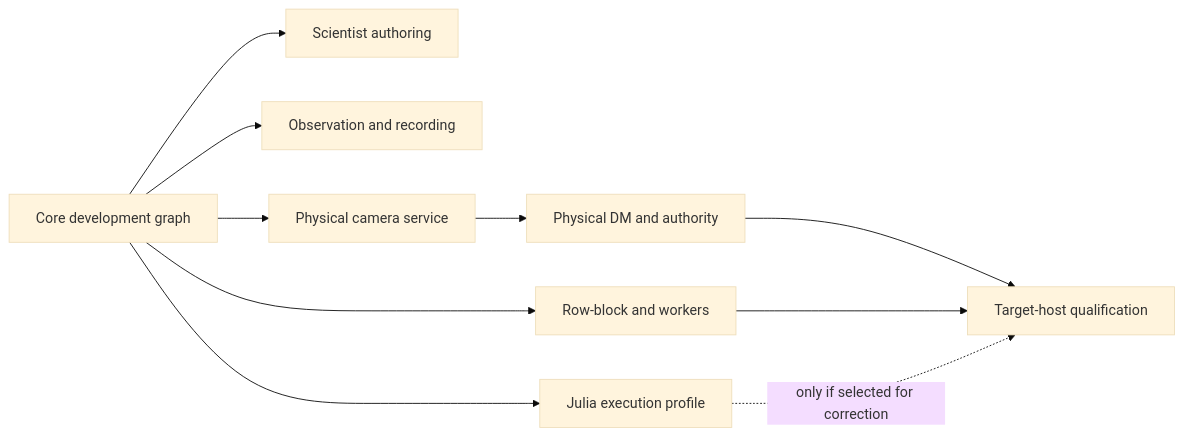
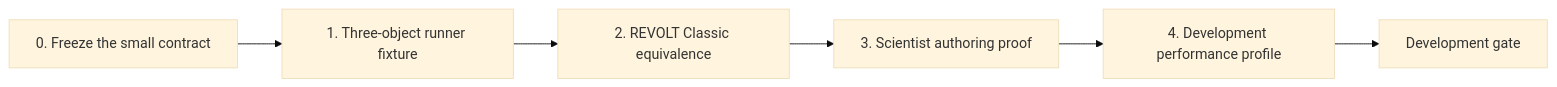
Before and after one commit to DarrylGamroth/pipewireao-rtc: the diagram in docs/roadmap.md, drawn with Mermaid (base theme). The commit also changed other lines of this file and 13 other files, not shown here.

Commit message:
docs: scope RTC to development runner

````diff
--- a/docs/roadmap.md
+++ b/docs/roadmap.md
@@ -322,21 +34,11 @@
 ```mermaid
 flowchart LR
-    Core["Core development graph"]
-    Authoring["Scientist authoring"]
-    Observe["Observation and recording"]
-    Camera["Physical camera service"]
-    DM["Physical DM and authority"]
-    Progressive["Row-block and workers"]
-    Julia["Julia execution profile"]
-    Qualified["Target-host qualification"]
+    Contract["0. Freeze the small contract"]
+    Fixture["1. Three-object runner fixture"]
+    Revolt["2. REVOLT Classic equivalence"]
+    Authoring["3. Scientist authoring proof"]
+    Profile["4. Development performance profile"]
+    Gate["Development gate"]
 
-    Core --> Authoring
-    Core --> Observe
-    Core --> Camera
-    Core --> Progressive
-    Core --> Julia
-    Camera --> DM
-    DM --> Qualified
-    Progressive --> Qualified
-    Julia -.->|only if selected for correction| Qualified
+    Contract --> Fixture --> Revolt --> Authoring --> Profile --> Gate
 ```
````
